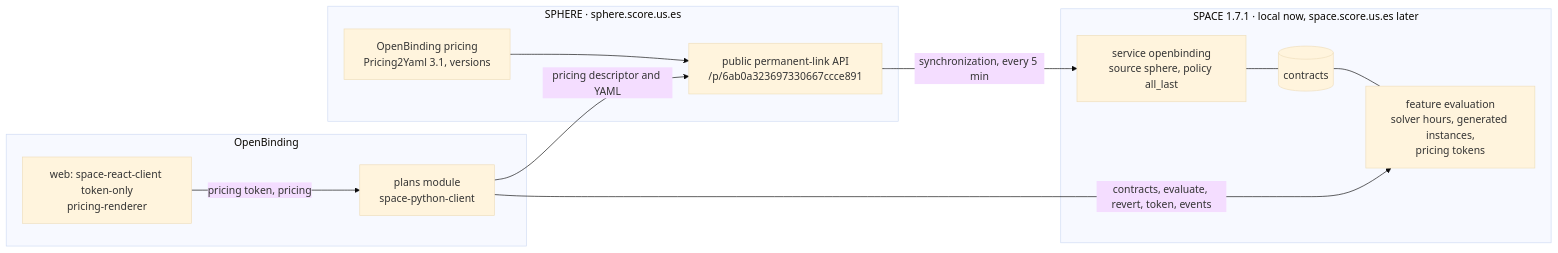
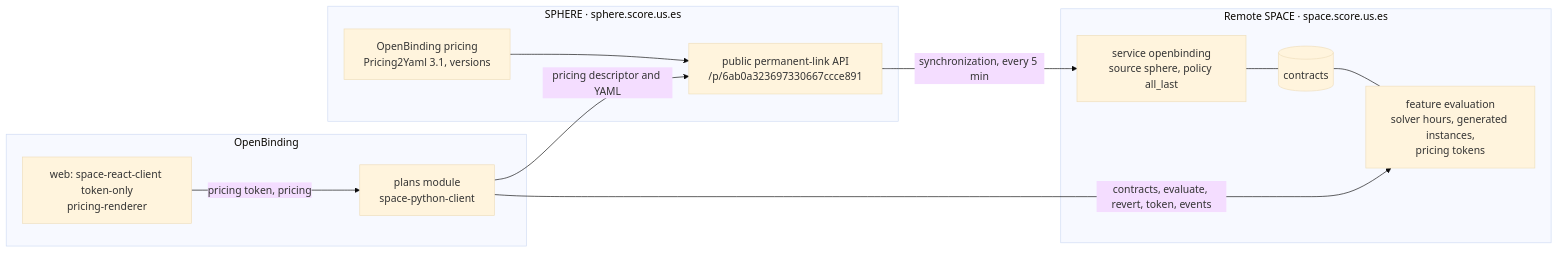
Before and after one commit to isa-group/OpenBinding: the sixth of 6 diagrams in docs/ARCHITECTURE.md, drawn with Mermaid (base theme). The commit also changed other lines of this file and 4 other files, not shown here.

````diff
--- a/docs/ARCHITECTURE.md
+++ b/docs/ARCHITECTURE.md
@@ -475,22 +474,22 @@
 ```mermaid
 flowchart LR
   subgraph SPHS["SPHERE · sphere.score.us.es"]
     PR[OpenBinding pricing<br/>Pricing2Yaml 3.1, versions]
     PL[public permanent-link API<br/>/p/6ab0a323697330667ccce891]
   end
-  subgraph SPAS["SPACE 1.7.1 · local now, space.score.us.es later"]
+  subgraph SPAS["Remote SPACE · space.score.us.es"]
     SV[service openbinding<br/>source sphere, policy all_last]
     CT[(contracts)]
     EV[feature evaluation<br/>solver hours, generated instances,<br/>pricing tokens]
   end
   subgraph OBS[OpenBinding]
     PM[plans module<br/>space-python-client]
     UI[web: space-react-client token-only<br/>pricing-renderer]
   end
   PR --> PL
   PL -- synchronization, every 5 min --> SV
   SV --- CT --- EV
   PM -- contracts, evaluate, revert, token, events --> EV
   PM -- pricing descriptor and YAML --> PL
   UI -- pricing token, pricing --> PM
 ```
````
